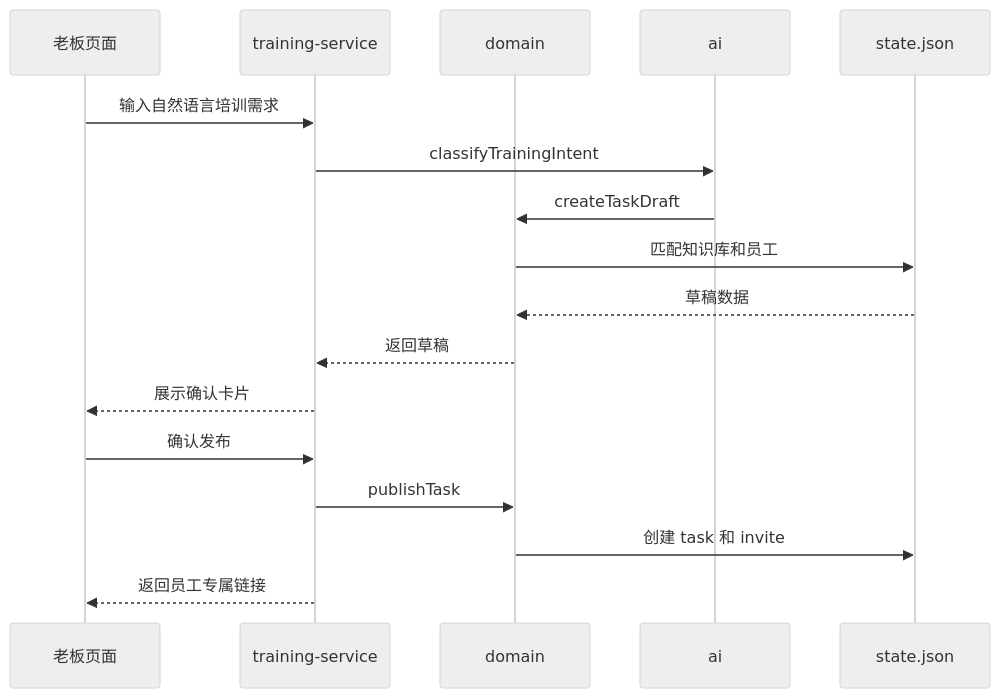
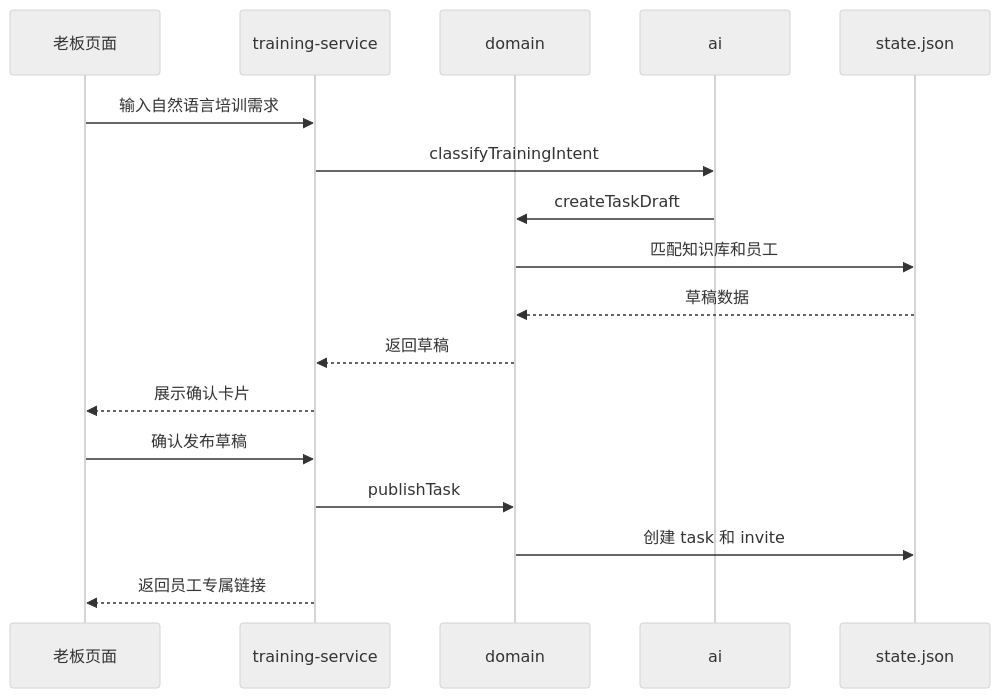
Before and after one commit to fanhua317/peixunfapin: the second of 4 diagrams in docs/PROJECT_OVERVIEW.md, drawn with Mermaid (neutral theme). The commit also changed other lines of this file and 10 other files, not shown here.

````diff
--- a/docs/PROJECT_OVERVIEW.md
+++ b/docs/PROJECT_OVERVIEW.md
@@ -523,20 +526,20 @@
 ```mermaid
 sequenceDiagram
     participant Boss as 老板页面
     participant API as training-service
     participant Domain as domain
     participant AI as ai
     participant Store as state.json
 
     Boss->>API: 输入自然语言培训需求
     API->>AI: classifyTrainingIntent
     AI->>Domain: createTaskDraft
     Domain->>Store: 匹配知识库和员工
     Store-->>Domain: 草稿数据
     Domain-->>API: 返回草稿
     API-->>Boss: 展示确认卡片
-    Boss->>API: 确认发布
+    Boss->>API: 确认发布草稿
     API->>Domain: publishTask
     Domain->>Store: 创建 task 和 invite
     API-->>Boss: 返回员工专属链接
 ```
````
